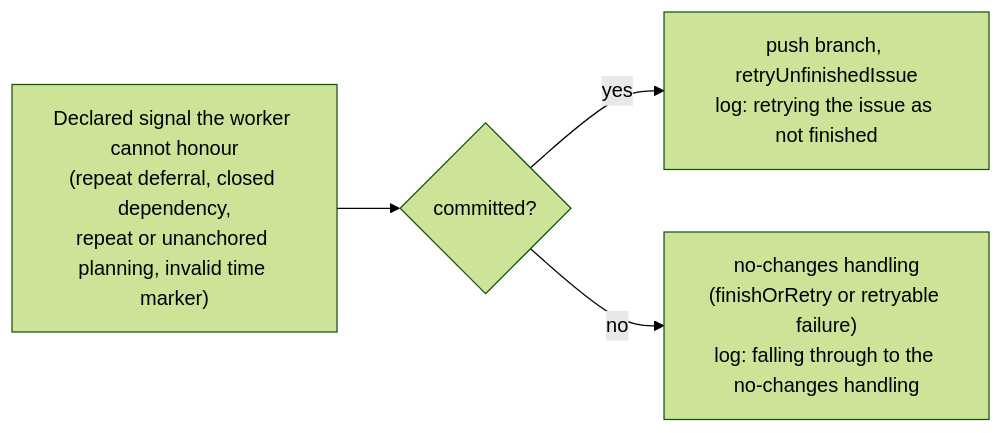
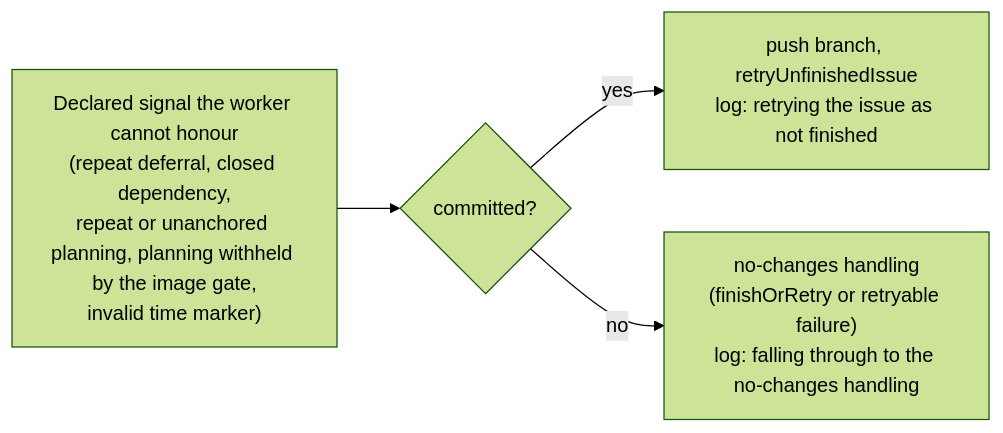
One commit to stSoftwareAU/VibeCoder changed the diagram in docs/archive/pr-summaries/pr-summary-5321.md. Above: the diagram before and after it, drawn with Mermaid (forest theme). The commit also changed other lines of this file and 1 other file, not shown here.

First line of the commit message:
Reword the planning image gate's hand-off message (Issue #5321)

````diff
--- a/docs/archive/pr-summaries/pr-summary-5321.md
+++ b/docs/archive/pr-summaries/pr-summary-5321.md
@@ -57,6 +67,6 @@
 ```mermaid
 flowchart LR
-    S["Declared signal the worker cannot honour<br/>(repeat deferral, closed dependency,<br/>repeat or unanchored planning, invalid time marker)"] --> C{committed?}
+    S["Declared signal the worker cannot honour<br/>(repeat deferral, closed dependency,<br/>repeat or unanchored planning, planning withheld by the image gate,<br/>invalid time marker)"] --> C{committed?}
     C -->|yes| R["push branch, retryUnfinishedIssue<br/>log: retrying the issue as not finished"]
     C -->|no| N["no-changes handling<br/>(finishOrRetry or retryable failure)<br/>log: falling through to the no-changes handling"]
 ```
````
